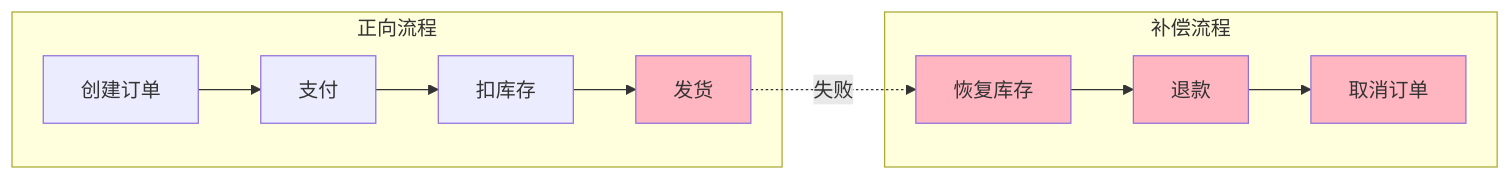
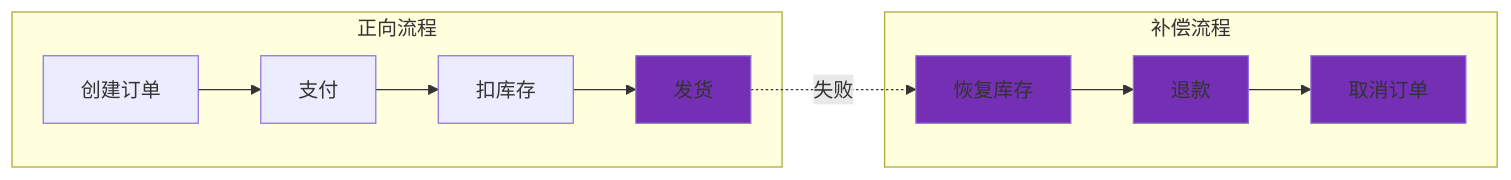
One commit to lnptuonli/fishPaddingProject changed the ninth of 13 diagrams in Saga分布式事务完整指南.md. Above: the diagram before and after it, drawn with Mermaid. The commit also changed other lines of this file and 10 other files, not shown here.

````diff
--- a/Saga分布式事务完整指南.md
+++ b/Saga分布式事务完整指南.md
@@ -471,19 +471,19 @@
 ```mermaid
 graph LR
     subgraph 正向流程
         T1[创建订单] --> T2[支付]
         T2 --> T3[扣库存]
         T3 --> T4[发货]
     end
     
     subgraph 补偿流程
         T4 -.失败.-> C3[恢复库存]
         C3 --> C2[退款]
         C2 --> C1[取消订单]
     end
     
-    style T4 fill:#FFB6C1
-    style C1 fill:#FFB6C1
-    style C2 fill:#FFB6C1
-    style C3 fill:#FFB6C1
+    style T4 fill:#742FB5
+    style C1 fill:#742FB5
+    style C2 fill:#742FB5
+    style C3 fill:#742FB5
 ```
````
